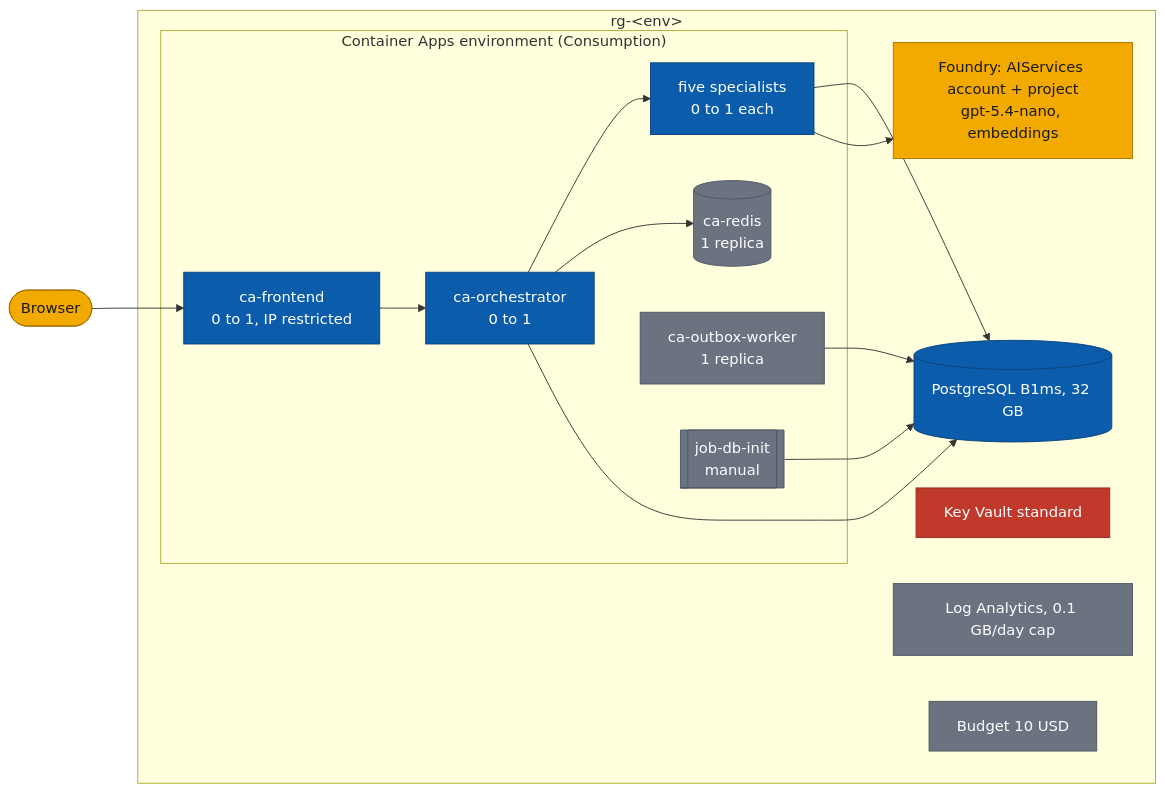
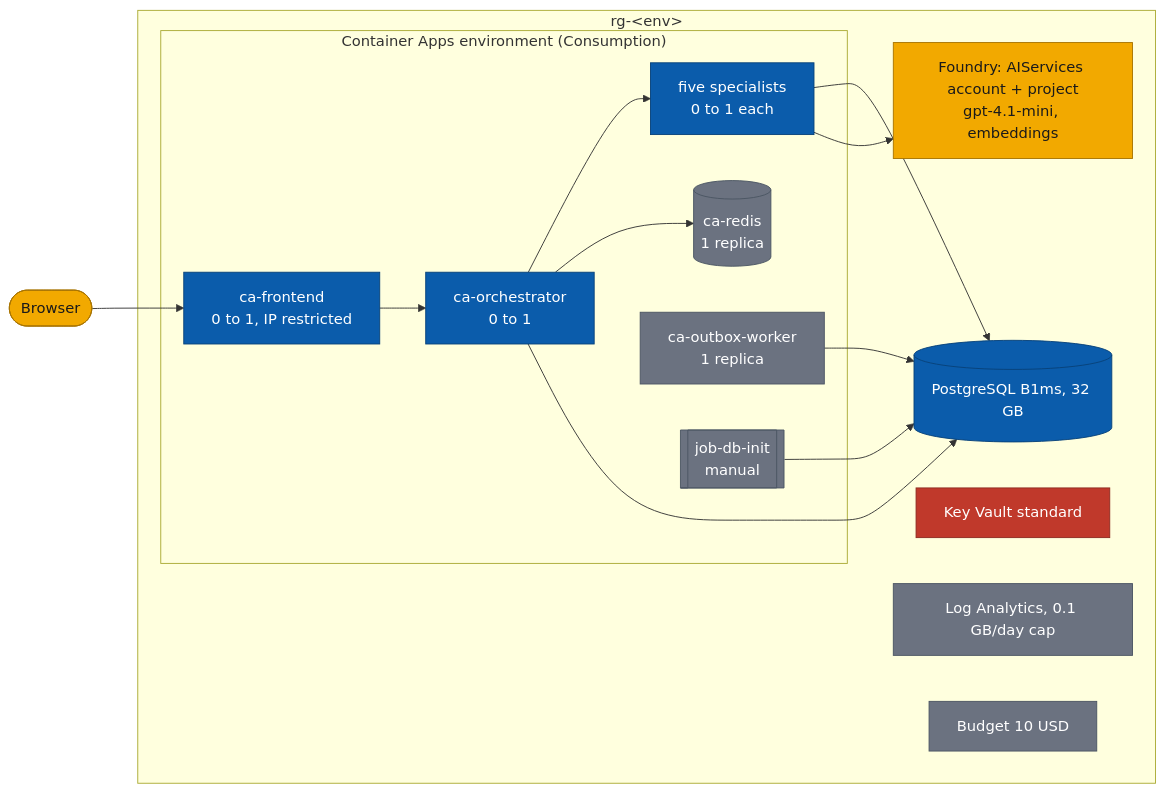
Before and after one commit to nitin27may/e-commerce-agents: the first of 2 diagrams in docs/azure-deployment-sequence.md, drawn with Mermaid. The commit also changed other lines of this file and 5 other files, not shown here.

````diff
--- a/docs/azure-deployment-sequence.md
+++ b/docs/azure-deployment-sequence.md
@@ -29,28 +62,28 @@
 ```mermaid
 flowchart LR
     user([Browser]):::ext --> web
     subgraph rg["rg-&lt;env&gt;"]
         subgraph ca["Container Apps environment (Consumption)"]
             web["ca-frontend<br/>0 to 1, IP restricted"]:::core --> orch["ca-orchestrator<br/>0 to 1"]:::core
             orch --> spec["five specialists<br/>0 to 1 each"]:::core
             orch --> redis[("ca-redis<br/>1 replica")]:::infra
             worker["ca-outbox-worker<br/>1 replica"]:::infra
             job[["job-db-init<br/>manual"]]:::infra
         end
         pg[("PostgreSQL B1ms, 32 GB")]:::core
-        foundry["Foundry: AIServices account + project<br/>gpt-5.4-nano, embeddings"]:::ext
+        foundry["Foundry: AIServices account + project<br/>gpt-4.1-mini, embeddings"]:::ext
         kv["Key Vault standard"]:::sec
         log["Log Analytics, 0.1 GB/day cap"]:::infra
         bud["Budget 10 USD"]:::infra
     end
     orch --> pg
     spec --> pg
     worker --> pg
     job --> pg
     spec --> foundry
 
     classDef core fill:#0b5cab,stroke:#08427a,color:#ffffff
     classDef ext fill:#f2a900,stroke:#a87400,color:#1a1a1a
     classDef sec fill:#c0392b,stroke:#8e2a20,color:#ffffff
     classDef infra fill:#6b7280,stroke:#4b5563,color:#ffffff
 ```
````
